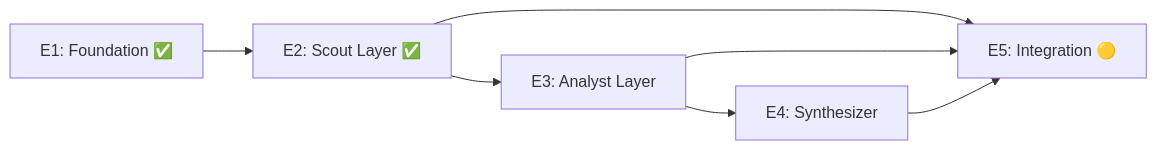
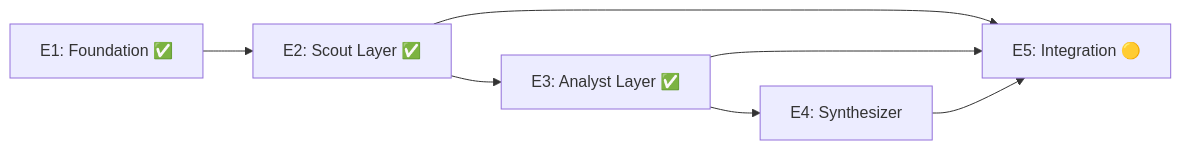
One commit to Hams-Ollo/open-sousveillance-studio changed the second of 3 diagrams in docs/PROJECT_MANAGEMENT.md. Above: the diagram before and after it, drawn with Mermaid. The commit also changed other lines of this file and 7 other files, not shown here.

First line of the commit message:
docs: Update project to Phase 4 Two-Layer Agent Architecture with Gemini Deep Research, scheduled pipeline, and dual research providers

````diff
--- a/docs/PROJECT_MANAGEMENT.md
+++ b/docs/PROJECT_MANAGEMENT.md
@@ -63,9 +63,9 @@
 ```mermaid
 flowchart LR
     E1[E1: Foundation ✅] --> E2[E2: Scout Layer ✅]
-    E2 --> E3[E3: Analyst Layer]
+    E2 --> E3[E3: Analyst Layer ✅]
     E3 --> E4[E4: Synthesizer]
     E2 --> E5[E5: Integration 🟡]
     E3 --> E5
     E4 --> E5
 ```
````
